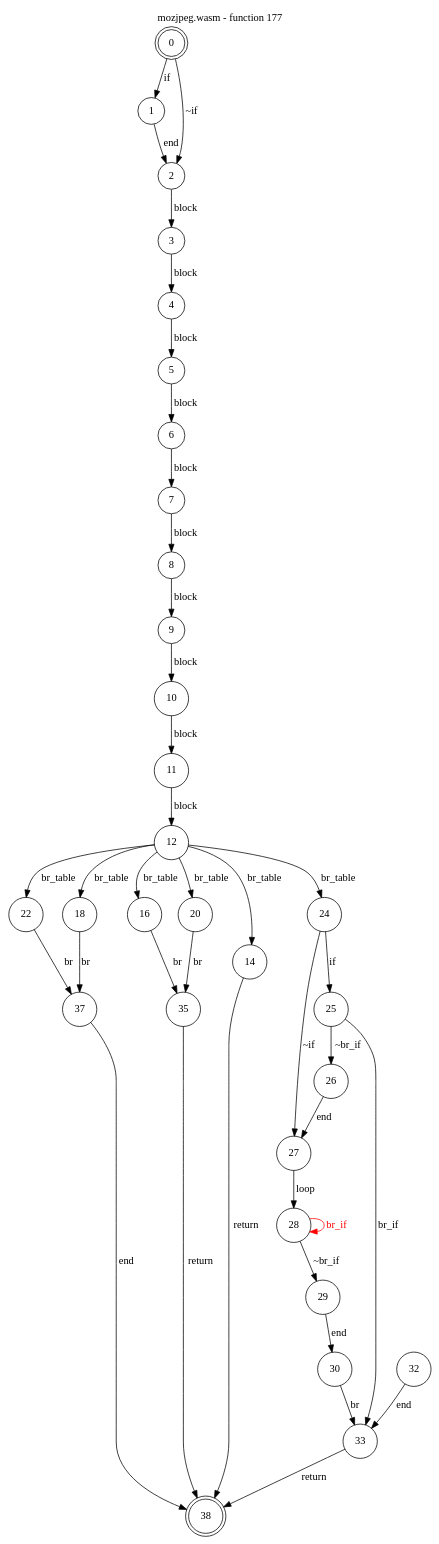
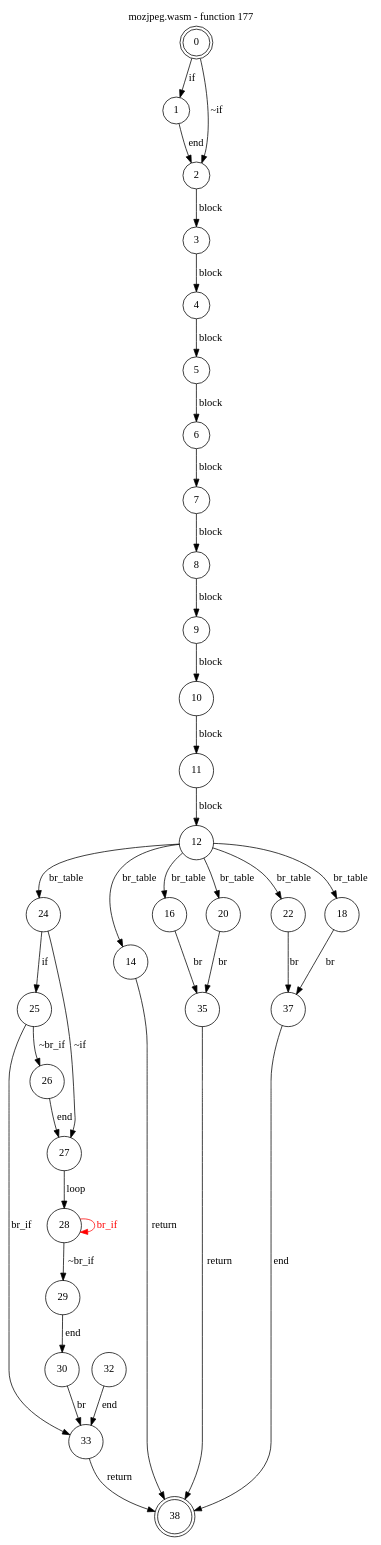
The diagram in test_cases/mozjpeg/funcs/mozjpeg-func177.dot (jsCarleton/wanalyze), drawn with Graphviz before and after one commit. The commit also changed other lines of this file and 81 other files, not shown here.

```diff
--- a/test_cases/mozjpeg/funcs/mozjpeg-func177.dot
+++ b/test_cases/mozjpeg/funcs/mozjpeg-func177.dot
@@ -1,47 +1,47 @@
 digraph finite_state_machine {
     label = "mozjpeg.wasm - function 177"
     labelloc =  t
     labelfontsize = 16
     labelfontcolor = black
     labelfontname = "Helvetica"
     node [shape = doublecircle]; 0 38;
     node [shape = circle];
     0 -> 1[label="if"];
     0 -> 2[label="~if"];
     1 -> 2[label="end"];
     2 -> 3[label="block"];
     3 -> 4[label="block"];
     4 -> 5[label="block"];
     5 -> 6[label="block"];
     6 -> 7[label="block"];
     7 -> 8[label="block"];
     8 -> 9[label="block"];
     9 -> 10[label="block"];
     10 -> 11[label="block"];
     11 -> 12[label="block"];
+    12 -> 24[label="br_table"];
+    12 -> 14[label="br_table"];
+    12 -> 16[label="br_table"];
+    12 -> 18[label="br_table"];
+    12 -> 20[label="br_table"];
     12 -> 22[label="br_table"];
-    12 -> 20[label="br_table"];
-    12 -> 18[label="br_table"];
-    12 -> 16[label="br_table"];
-    12 -> 14[label="br_table"];
-    12 -> 24[label="br_table"];
     14 -> 38[label="return"];
     16 -> 35[label="br"];
     18 -> 37[label="br"];
     20 -> 35[label="br"];
     22 -> 37[label="br"];
     24 -> 25[label="if"];
     24 -> 27[label="~if"];
     25 -> 26[label="~br_if"];
     25 -> 33[label="br_if"];
     26 -> 27[label="end"];
     27 -> 28[label="loop"];
     28 -> 29[label="~br_if"];
     28 -> 28[color="red" fontcolor="red" label="br_if"];
     29 -> 30[label="end"];
     30 -> 33[label="br"];
     32 -> 33[label="end"];
     33 -> 38[label="return"];
     35 -> 38[label="return"];
     37 -> 38[label="end"];
 }
```
